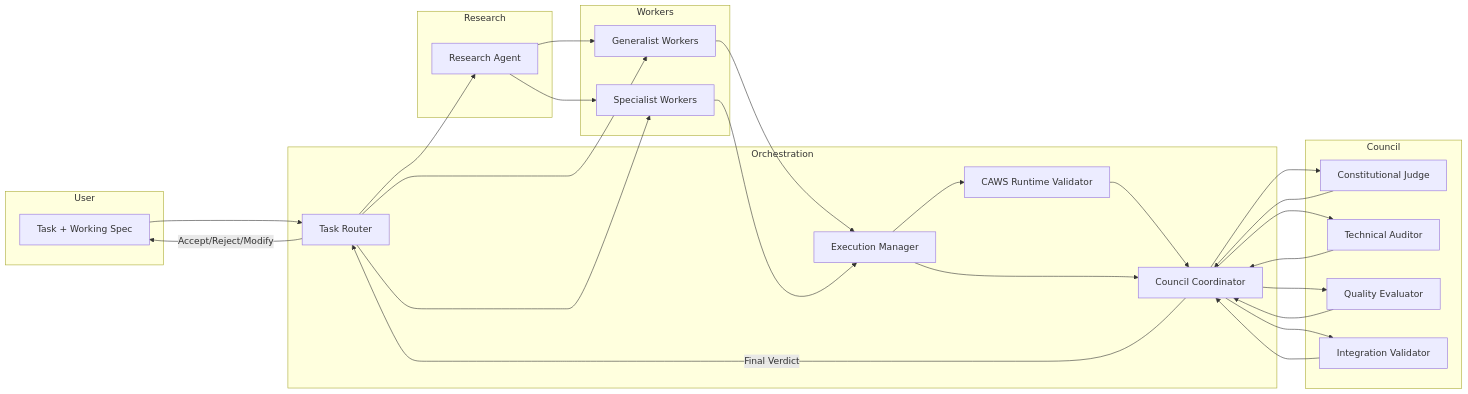
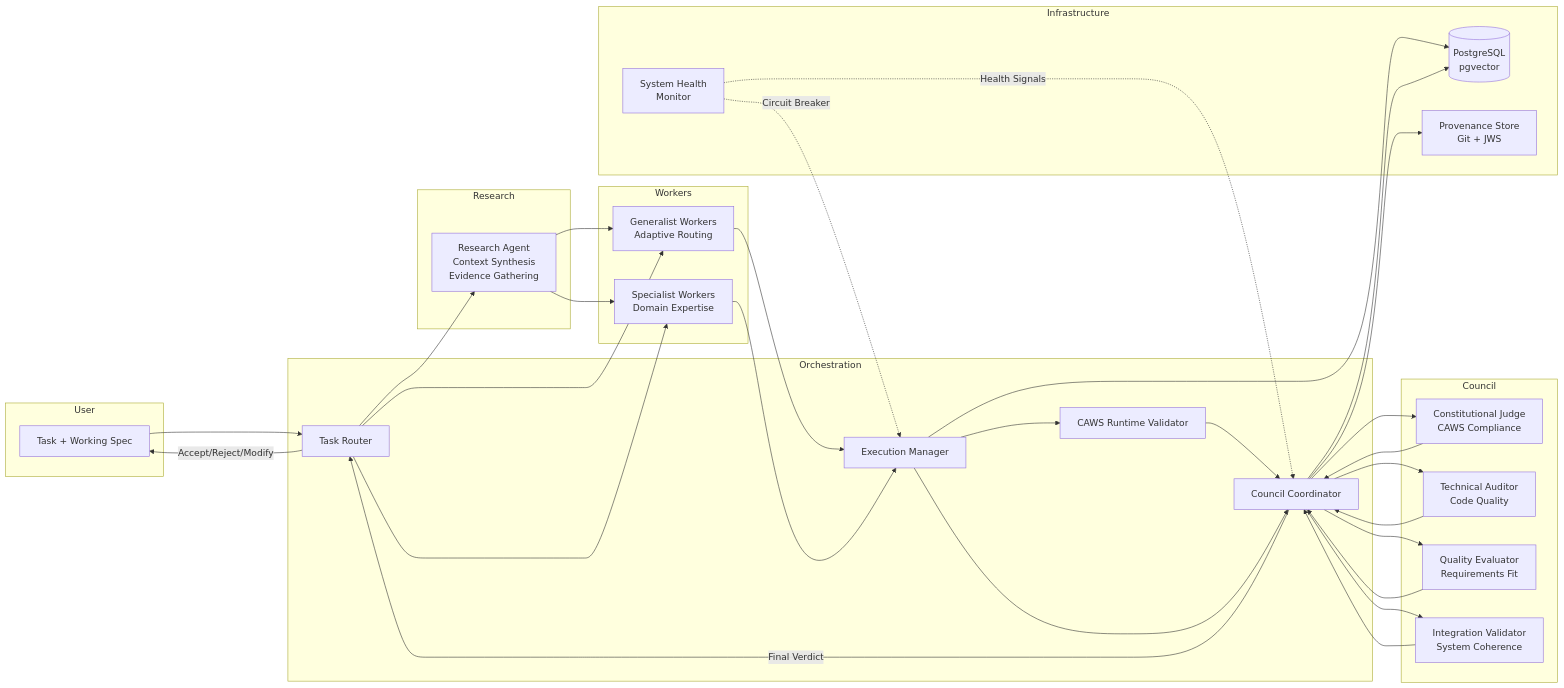
The first of 2 diagrams in iterations/v3/docs/architecture.md (darianrosebrook/agent-agency), drawn with Mermaid before and after one commit. The commit also changed other lines of this file and 8 other files, not shown here.

First line of the commit message:
docs: comprehensive documentation cleanup and architecture updates

````diff
--- a/iterations/v3/docs/architecture.md
+++ b/iterations/v3/docs/architecture.md
@@ -7,51 +32,63 @@
 ```mermaid
 flowchart LR
   subgraph User
     U[Task + Working Spec]
   end
 
   subgraph Orchestration
     R[Task Router]
     E[Execution Manager]
     CV[CAWS Runtime Validator]
     Cc[Council Coordinator]
   end
 
   subgraph Research
-    Ra[Research Agent]
+    Ra[Research Agent<br/>Context Synthesis<br/>Evidence Gathering]
   end
 
   subgraph Workers
-    Wg[Generalist Workers]
-    Ws[Specialist Workers]
+    Wg[Generalist Workers<br/>Adaptive Routing]
+    Ws[Specialist Workers<br/>Domain Expertise]
   end
 
   subgraph Council
-    Jc[Constitutional Judge]
-    Jt[Technical Auditor]
-    Jq[Quality Evaluator]
-    Ji[Integration Validator]
+    Jc[Constitutional Judge<br/>CAWS Compliance]
+    Jt[Technical Auditor<br/>Code Quality]
+    Jq[Quality Evaluator<br/>Requirements Fit]
+    Ji[Integration Validator<br/>System Coherence]
+  end
+
+  subgraph Infrastructure
+    DB[(PostgreSQL<br/>pgvector)]
+    Prov[Provenance Store<br/>Git + JWS]
+    Health[System Health<br/>Monitor]
   end
 
   U --> R
   R --> Ra
   R --> Wg
   R --> Ws
   Ra --> Wg
   Ra --> Ws
   Wg --> E
   Ws --> E
   E --> CV
   CV --> Cc
   E --> Cc
   Cc --> Jc
   Cc --> Jt
   Cc --> Jq
   Cc --> Ji
   Jc --> Cc
   Jt --> Cc
   Jq --> Cc
   Ji --> Cc
   Cc -->|Final Verdict| R
   R -->|Accept/Reject/Modify| U
+
+  E --> DB
+  Cc --> DB
+  Cc --> Prov
+  Health -.->|Health Signals| Cc
+  Health -.->|Circuit Breaker| E
 ```
````
